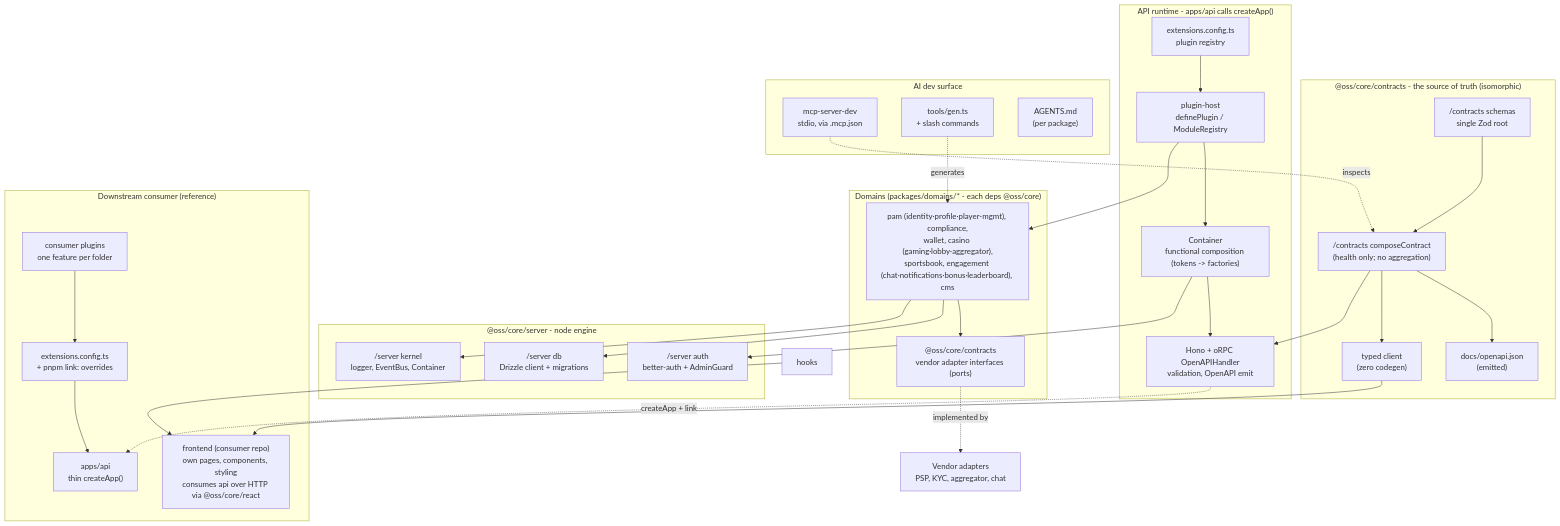
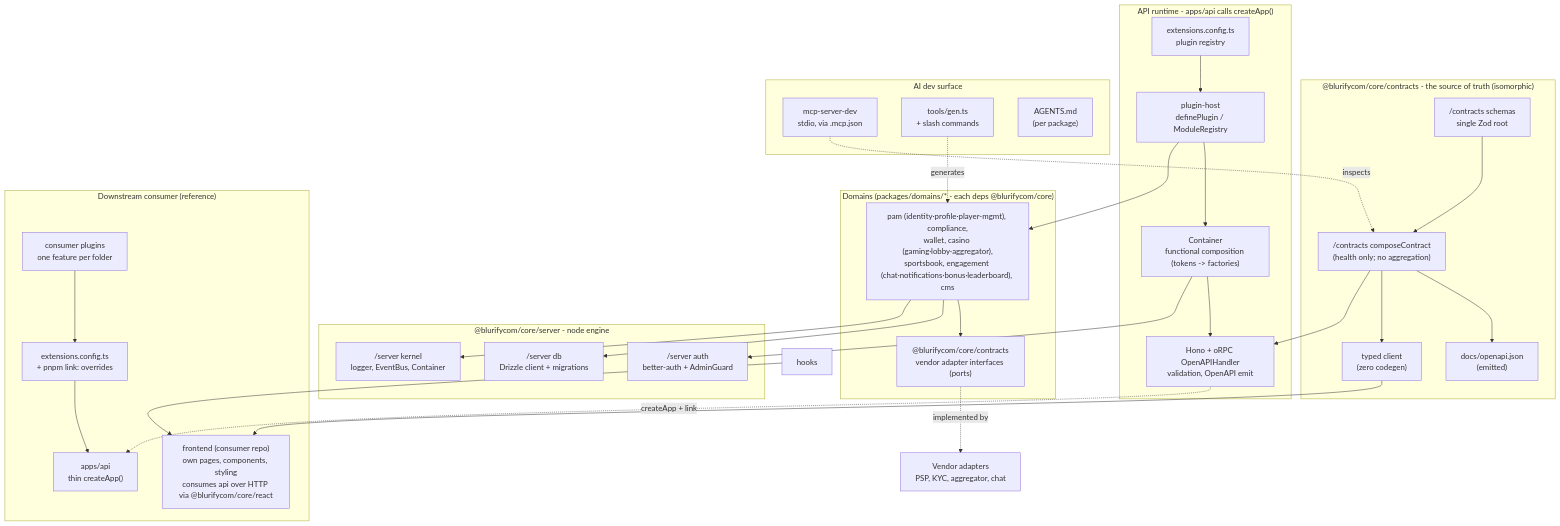
One commit to blurifycom/openora changed the first of 2 diagrams in docs/architecture.md. Above: the diagram before and after it, drawn with Mermaid. The commit also changed other lines of this file and 247 other files, not shown here.

First line of the commit message:
refactor: rename npm scope @oss/* -> @blurifycom/* for GitHub Packages

````diff
--- a/docs/architecture.md
+++ b/docs/architecture.md
@@ -20,63 +20,63 @@
 ```mermaid
 flowchart TB
-  subgraph contracts["@oss/core/contracts - the source of truth (isomorphic)"]
+  subgraph contracts["@blurifycom/core/contracts - the source of truth (isomorphic)"]
     zod["/contracts schemas<br/>single Zod root"]
     orpc["/contracts composeContract<br/>(health only; no aggregation)"]
     openapi["docs/openapi.json<br/>(emitted)"]
     client["typed client<br/>(zero codegen)"]
     zod --> orpc
     orpc --> openapi
     orpc --> client
   end
 
   subgraph runtime["API runtime - apps/api calls createApp()"]
     cfg["extensions.config.ts<br/>plugin registry"]
     host["plugin-host<br/>definePlugin / ModuleRegistry"]
     container["Container<br/>functional composition (tokens -> factories)"]
     hono["Hono + oRPC OpenAPIHandler<br/>validation, OpenAPI emit"]
     cfg --> host
     host --> container
     container --> hono
     orpc --> hono
   end
 
-  subgraph platform["@oss/core/server - node engine"]
+  subgraph platform["@blurifycom/core/server - node engine"]
     db["/server db<br/>Drizzle client + migrations"]
     auth["/server auth<br/>better-auth + AdminGuard"]
     core["/server kernel<br/>logger, EventBus, Container"]
   end
 
-  subgraph modules["Domains (packages/domains/* - each deps @oss/core)"]
+  subgraph modules["Domains (packages/domains/* - each deps @blurifycom/core)"]
     mod["pam (identity·profile·player-mgmt), compliance,<br/>wallet, casino (gaming·lobby·aggregator),<br/>sportsbook, engagement (chat·notifications·bonus·leaderboard), cms"]
-    adapters["@oss/core/contracts<br/>vendor adapter interfaces (ports)"]
+    adapters["@blurifycom/core/contracts<br/>vendor adapter interfaces (ports)"]
     mod --> adapters
   end
 
   vendor["Vendor adapters<br/>PSP, KYC, aggregator, chat"]
 
   host --> mod
   container --> auth
   mod --> db
   mod --> core
   adapters -. implemented by .-> vendor
 
   subgraph consumer["Downstream consumer (reference)"]
     bapi["apps/api<br/>thin createApp()"]
-    bfront["frontend (consumer repo)<br/>own pages, components, styling<br/>consumes api over HTTP via @oss/core/react"]
+    bfront["frontend (consumer repo)<br/>own pages, components, styling<br/>consumes api over HTTP via @blurifycom/core/react"]
     bplug["consumer plugins<br/>one feature per folder"]
     bcfg["extensions.config.ts<br/>+ pnpm link: overrides"]
     bplug --> bcfg
     bcfg --> bapi
   end
   hono -. createApp + link .-> bapi
   client --> bfront
   hooks --> bfront
 
   subgraph ai["AI dev surface"]
     mcp["mcp-server-dev<br/>stdio, via .mcp.json"]
     scaffold["tools/gen.ts<br/>+ slash commands"]
     agentsmd["AGENTS.md<br/>(per package)"]
   end
   mcp -. inspects .-> orpc
   scaffold -. generates .-> mod
 ```
````
